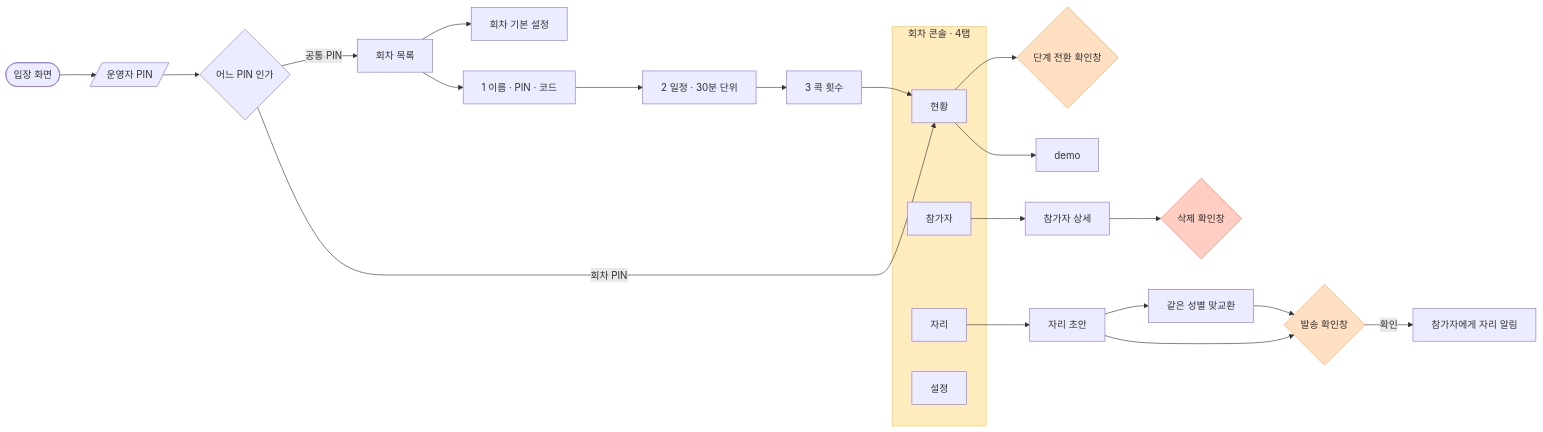
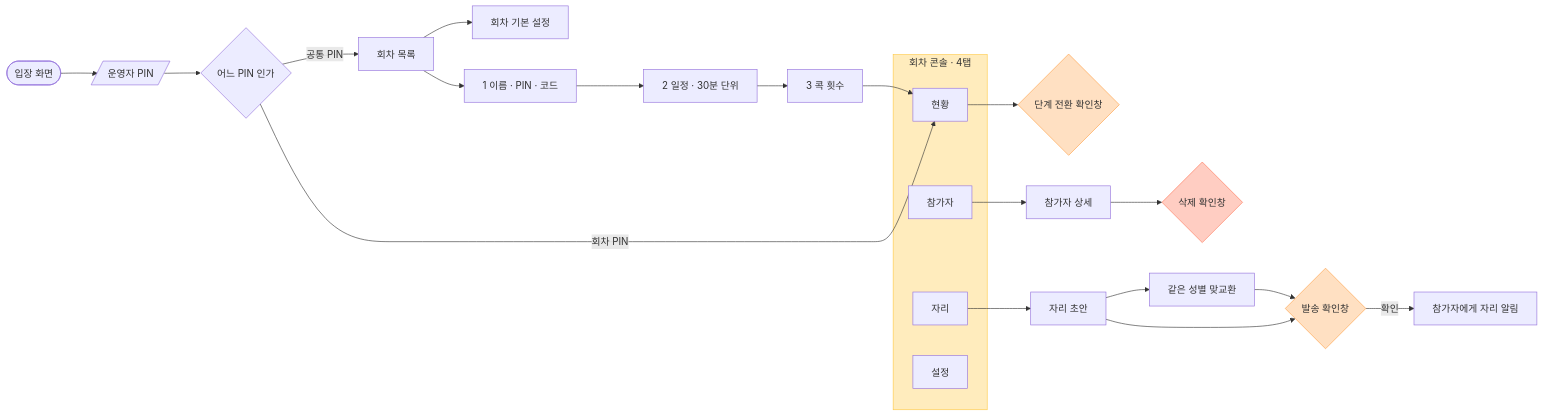
The second of 6 diagrams in docs/USER-FLOWS.md (xcellentbird/tone-pick), drawn with Mermaid before and after one commit. The commit also changed 22 other files, not shown here.

````diff
--- a/docs/USER-FLOWS.md
+++ b/docs/USER-FLOWS.md
@@ -83,46 +83,45 @@
 ```mermaid
 flowchart LR
     entry(["입장 화면"])
     pin[/"운영자 PIN"/]
     scope{"어느 PIN 인가"}
     events["회차 목록"]
     defaults["회차 기본 설정"]
 
     w1["1 이름 · PIN · 코드"]
     w2["2 일정 · 30분 단위"]
     w3["3 콕 횟수"]
 
     subgraph console ["회차 콘솔 · 4탭"]
         dash["현황"]
         players["참가자"]
         seats["자리"]
         settings["설정"]
     end
 
     phaseConfirm{"단계 전환 확인창"}
     sheet["참가자 상세"]
     delConfirm{"삭제 확인창"}
     draft["자리 초안"]
     swap["같은 성별 맞교환"]
     pubConfirm{"발송 확인창"}
     published["참가자에게 자리 알림"]
 
     entry --> pin --> scope
     scope -->|"공통 PIN"| events
     scope -->|"회차 PIN"| dash
     events --> defaults
     events --> w1 --> w2 --> w3 --> dash
 
     dash --> phaseConfirm
-    dash --> demo
     players --> sheet --> delConfirm
     seats --> draft --> swap
     draft --> pubConfirm
     swap --> pubConfirm
     pubConfirm -->|"확인"| published
 
     style console fill:#FFECBD,stroke:#FFC943
     style phaseConfirm fill:#FFE0C2,stroke:#FF9E42
     style pubConfirm fill:#FFE0C2,stroke:#FF9E42
     style delConfirm fill:#FFCDC2,stroke:#FF7556
 ```
````
